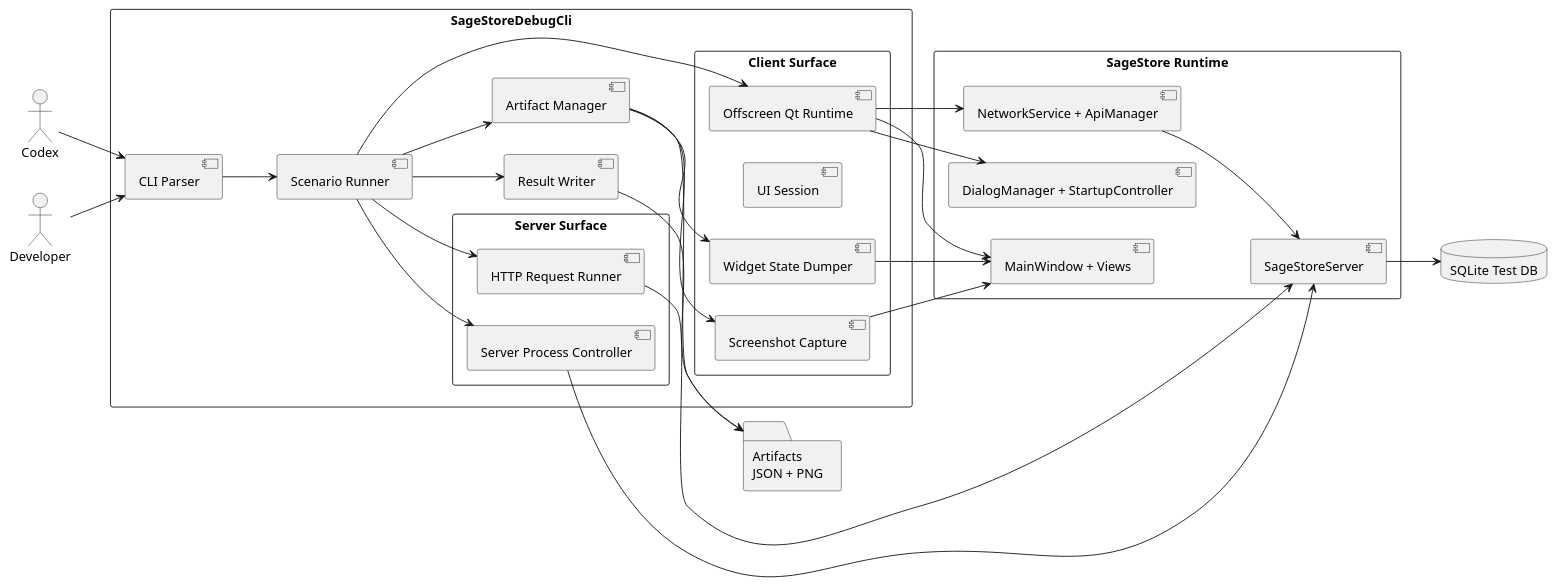
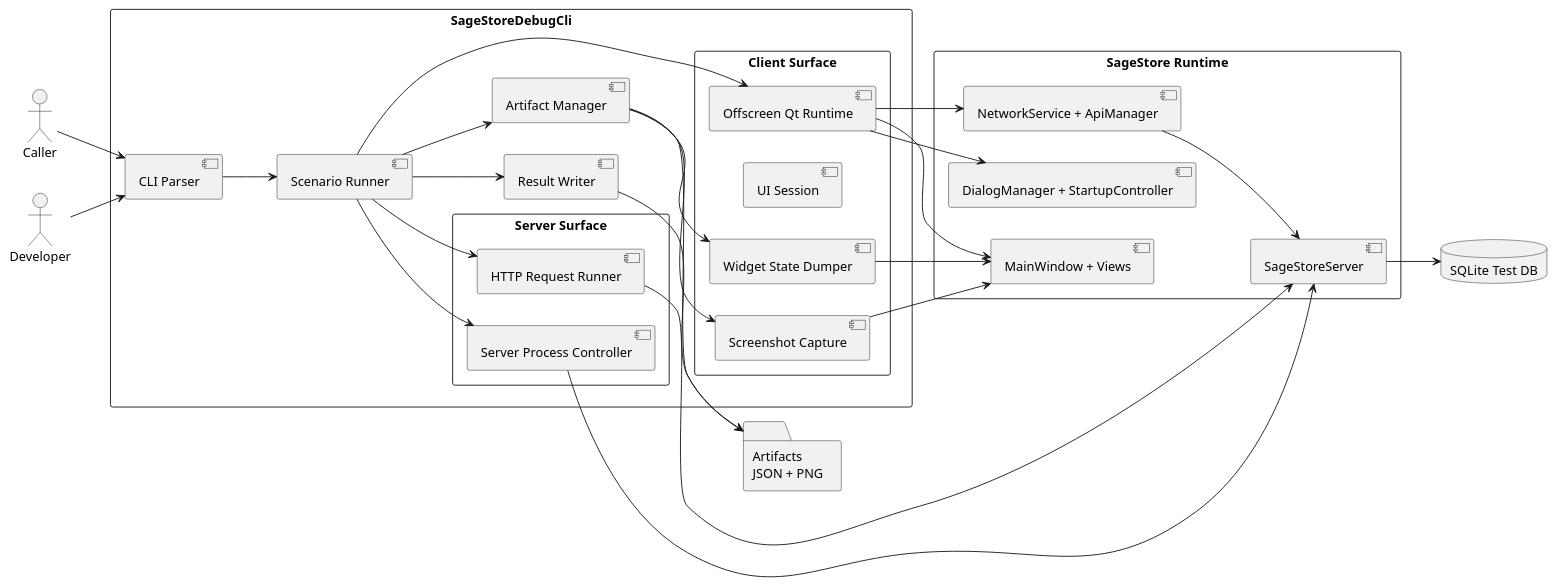
The diagram in docs/tools/plantuml/Debug_CLI_Architecture.puml (Sage-Cat/SageStore), drawn with PlantUML before and after one commit. The commit also changed 3 other files, not shown here.

```diff
--- a/docs/tools/plantuml/Debug_CLI_Architecture.puml
+++ b/docs/tools/plantuml/Debug_CLI_Architecture.puml
@@ -1,63 +1,63 @@
 @startuml
 
 left to right direction
 skinparam packageStyle rectangle
 
-actor Codex
+actor Caller
 actor Developer
 
 package "SageStoreDebugCli" {
   [CLI Parser]
   [Scenario Runner]
   [Result Writer]
   [Artifact Manager]
 
   package "Server Surface" {
     [HTTP Request Runner]
     [Server Process Controller]
   }
 
   package "Client Surface" {
     [Offscreen Qt Runtime]
     [UI Session]
     [Widget State Dumper]
     [Screenshot Capture]
   }
 }
 
 package "SageStore Runtime" {
   [SageStoreServer]
   [NetworkService + ApiManager]
   [DialogManager + StartupController]
   [MainWindow + Views]
 }
 
 database "SQLite Test DB" as DB
 folder "Artifacts\nJSON + PNG" as Artifacts
 
-Codex --> [CLI Parser]
+Caller --> [CLI Parser]
 Developer --> [CLI Parser]
 [CLI Parser] --> [Scenario Runner]
 [Scenario Runner] --> [HTTP Request Runner]
 [Scenario Runner] --> [Server Process Controller]
 [Scenario Runner] --> [Offscreen Qt Runtime]
 [Scenario Runner] --> [Result Writer]
 [Scenario Runner] --> [Artifact Manager]
 
 [Server Process Controller] --> [SageStoreServer]
 [HTTP Request Runner] --> [SageStoreServer]
 [SageStoreServer] --> DB
 
 [Offscreen Qt Runtime] --> [NetworkService + ApiManager]
 [Offscreen Qt Runtime] --> [DialogManager + StartupController]
 [Offscreen Qt Runtime] --> [MainWindow + Views]
 [NetworkService + ApiManager] --> [SageStoreServer]
 
 [Widget State Dumper] --> [MainWindow + Views]
 [Screenshot Capture] --> [MainWindow + Views]
 [Artifact Manager] --> [Widget State Dumper]
 [Artifact Manager] --> [Screenshot Capture]
 [Artifact Manager] --> Artifacts
 [Result Writer] --> Artifacts
 
 @enduml
```
